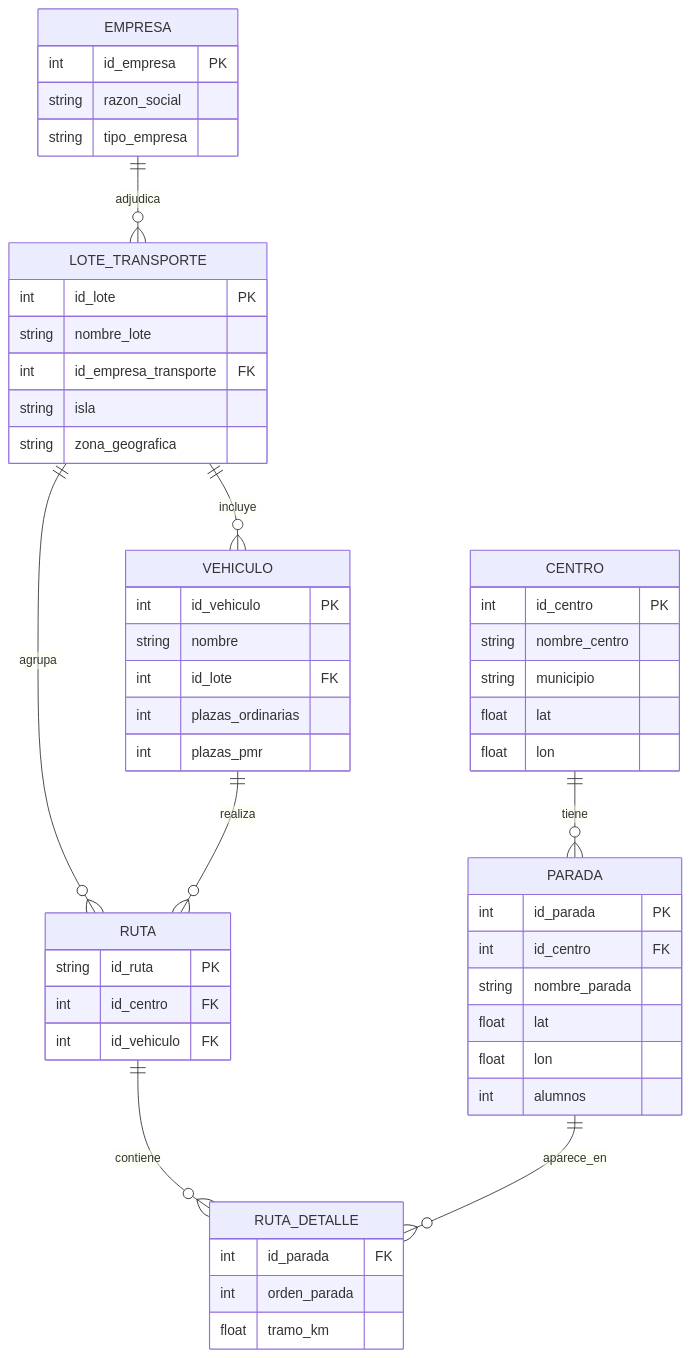
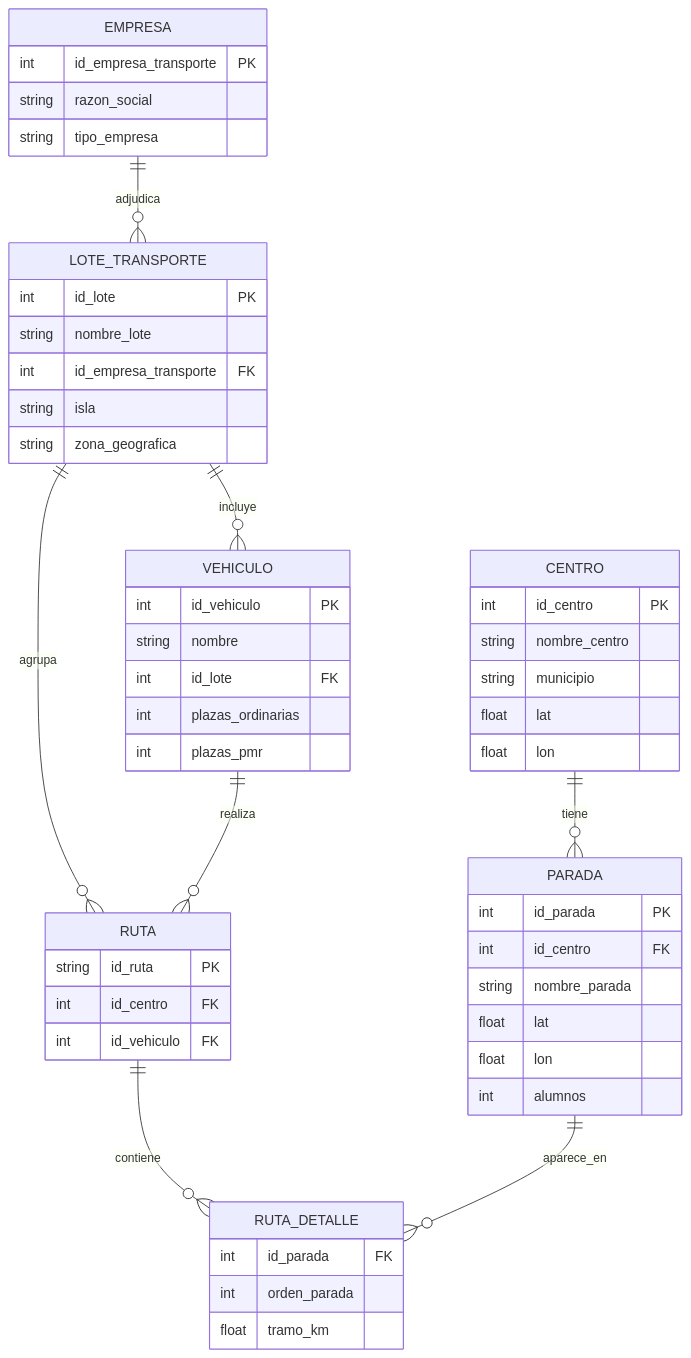
One commit to gdaguerre-dot/Transporte-escolar-vrp changed the diagram in dashboard.qmd. Above: the diagram before and after it, drawn with Mermaid. The commit also changed other lines of this file, not shown here.

````diff
--- a/dashboard.qmd
+++ b/dashboard.qmd
@@ -170,55 +173,55 @@
 ```{mermaid}
 erDiagram
     EMPRESA ||--o{ LOTE_TRANSPORTE : adjudica
     LOTE_TRANSPORTE ||--o{ VEHICULO : incluye
     LOTE_TRANSPORTE ||--o{ RUTA : agrupa
     RUTA ||--o{ RUTA_DETALLE : contiene
     VEHICULO ||--o{ RUTA : realiza
     CENTRO ||--o{ PARADA : tiene
     PARADA ||--o{ RUTA_DETALLE : aparece_en
 
     EMPRESA {
-        int id_empresa PK
+        int id_empresa_transporte PK
         string razon_social
         string tipo_empresa
     }
     LOTE_TRANSPORTE {
         int id_lote PK
         string nombre_lote
         int id_empresa_transporte FK
         string isla
         string zona_geografica
     }
     VEHICULO {
         int id_vehiculo PK
         string nombre
         int id_lote FK
         int plazas_ordinarias
         int plazas_pmr
     }
     CENTRO {
         int id_centro PK
         string nombre_centro
         string municipio
         float lat
         float lon
     }
     PARADA {
         int id_parada PK
         int id_centro FK
         string nombre_parada
         float lat
         float lon
         int alumnos
     }
     RUTA {
         string id_ruta PK
         int id_centro FK
         int id_vehiculo FK
     }
     RUTA_DETALLE {
         int id_parada FK
         int orden_parada
         float tramo_km
     }
 ```
````
